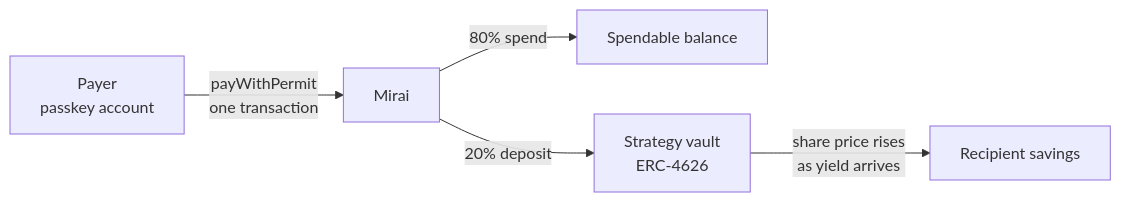
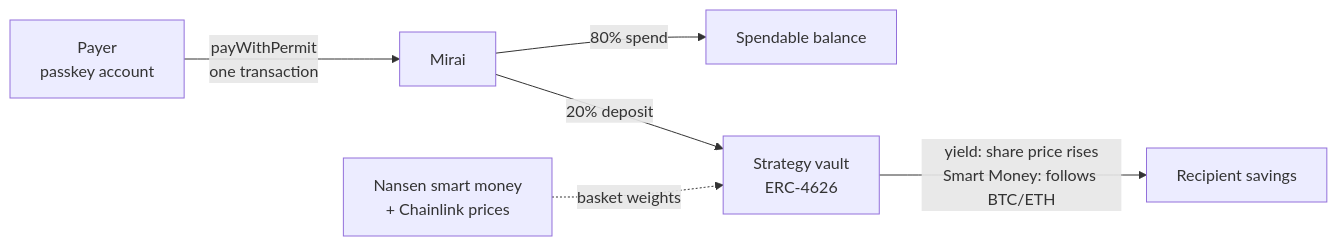
One commit to maulana-tech/mirai-mon changed the diagram in README.md. Above: the diagram before and after it, drawn with Mermaid. The commit also changed other lines of this file, not shown here.

````diff
--- a/README.md
+++ b/README.md
@@ -21,7 +21,8 @@
 ```mermaid
 flowchart LR
     P[Payer<br/>passkey account] -->|payWithPermit<br/>one transaction| C[Mirai]
     C -->|80% spend| S[Spendable balance]
     C -->|20% deposit| V[Strategy vault<br/>ERC-4626]
-    V -->|share price rises<br/>as yield arrives| R[Recipient savings]
+    V -->|yield: share price rises<br/>Smart Money: follows BTC/ETH| R[Recipient savings]
+    N[Nansen smart money<br/>+ Chainlink prices] -.->|basket weights| V
 ```
````
